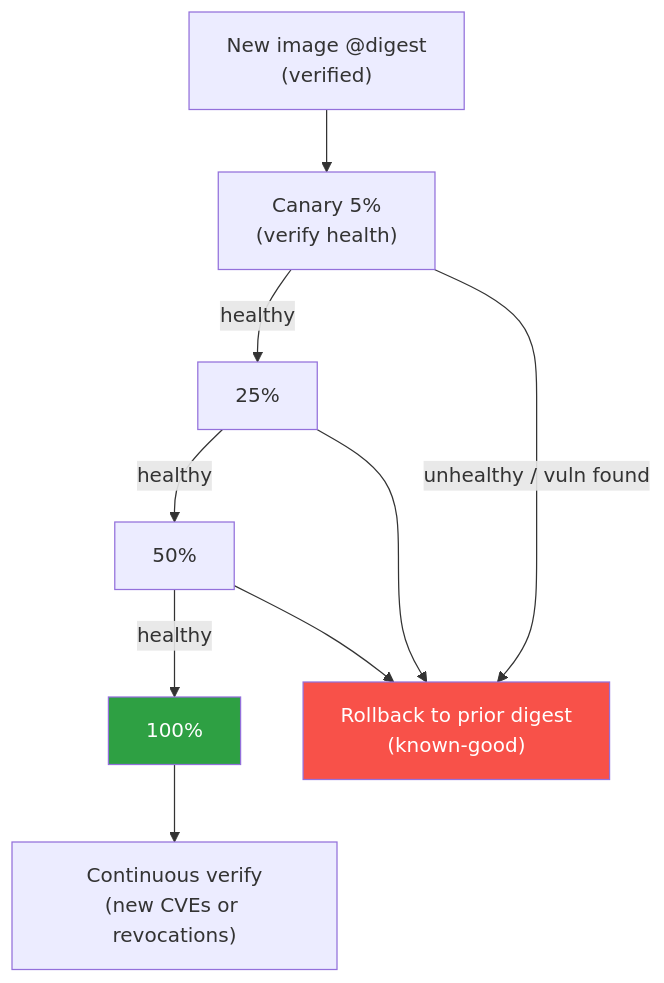
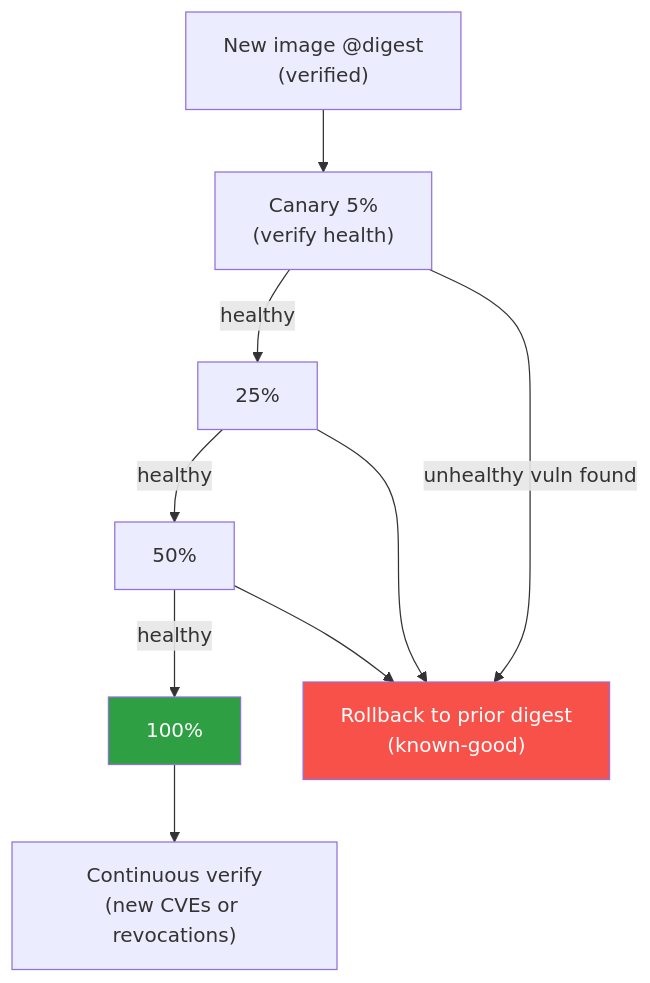
One commit to bumbsclaw/textbooks changed the seventh of 7 diagrams in book-06-cloud-native/ch07-k8s-delivery-chains.md. Above: the diagram before and after it, drawn with Mermaid. The commit also changed other lines of this file and 173 other files, not shown here.

First line of the commit message:
fix(mermaid): close note brackets, semicolons in Notes, stateDiagram br -> dash, edge parens

````diff
--- a/book-06-cloud-native/ch07-k8s-delivery-chains.md
+++ b/book-06-cloud-native/ch07-k8s-delivery-chains.md
@@ -669,13 +669,13 @@
 ```mermaid
 flowchart TD
   V["New image @digest<br/>(verified)"] --> CAN["Canary 5%<br/>(verify health)"]
   CAN -->|"healthy"| R25["25%"]
   R25 -->|"healthy"| R50["50%"]
   R50 -->|"healthy"| R100["100%"]
-  CAN -->|"unhealthy / vuln found"| ROLL["Rollback to prior digest<br/>(known-good)"]
+  CAN -->|"unhealthy vuln found"| ROLL["Rollback to prior digest<br/>(known-good)"]
   R25 --> ROLL
   R50 --> ROLL
   R100 --> MON["Continuous verify<br/>(new CVEs or revocations)"]
   style ROLL fill:#f85149,color:#fff
   style R100 fill:#2ea043,color:#fff
 ```
````
